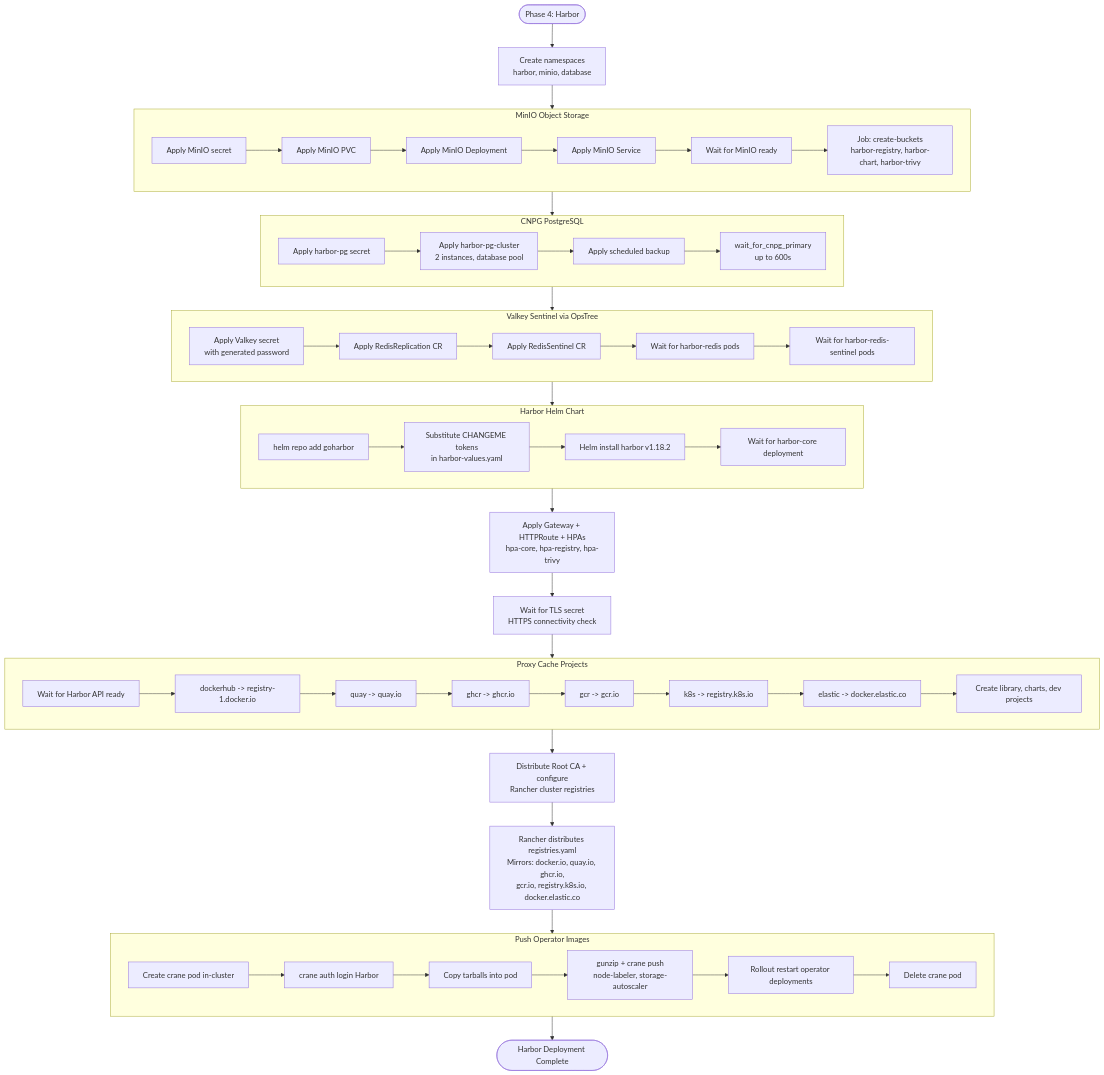
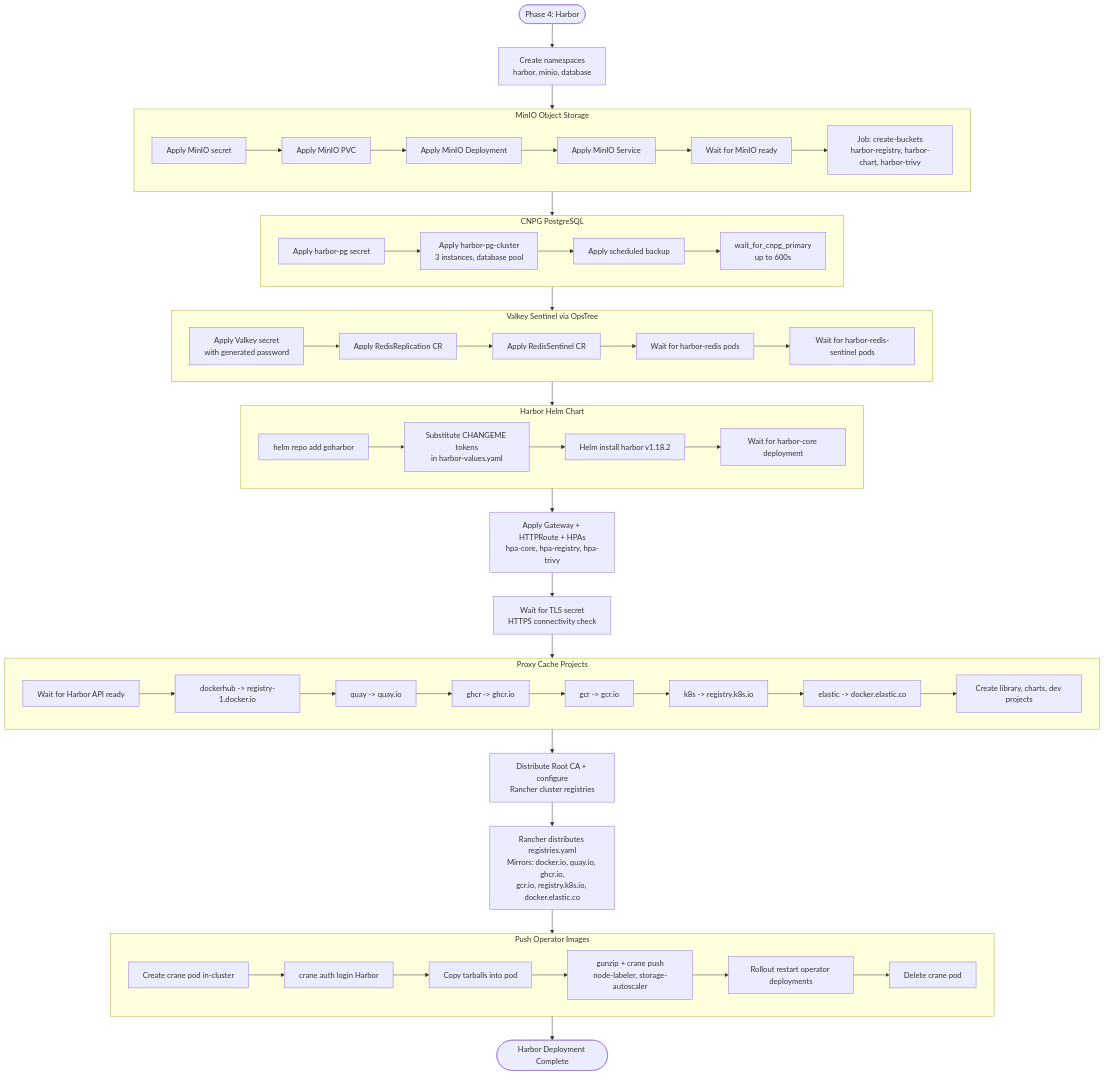
Before and after one commit to derhornspieler/harvester-rke2-platform: the seventh of 23 diagrams in docs/engineering/flow-charts.md, drawn with Mermaid. The commit also changed other lines of this file and 50 other files, not shown here.

````diff
--- a/docs/engineering/flow-charts.md
+++ b/docs/engineering/flow-charts.md
@@ -496,69 +496,69 @@
 ```mermaid
 flowchart TD
     Start([Phase 4: Harbor]) --> NS[Create namespaces<br/>harbor, minio, database]
 
     NS --> MinIO
 
     subgraph MinIO [MinIO Object Storage]
         M_Secret[Apply MinIO secret] --> M_PVC[Apply MinIO PVC]
         M_PVC --> M_Deploy[Apply MinIO Deployment]
         M_Deploy --> M_Svc[Apply MinIO Service]
         M_Svc --> M_Wait[Wait for MinIO ready]
         M_Wait --> M_Buckets[Job: create-buckets<br/>harbor-registry, harbor-chart, harbor-trivy]
     end
 
     MinIO --> CNPG
 
     subgraph CNPG [CNPG PostgreSQL]
-        PG_Secret[Apply harbor-pg secret] --> PG_Cluster[Apply harbor-pg-cluster<br/>2 instances, database pool]
+        PG_Secret[Apply harbor-pg secret] --> PG_Cluster[Apply harbor-pg-cluster<br/>3 instances, database pool]
         PG_Cluster --> PG_Backup[Apply scheduled backup]
         PG_Backup --> PG_Wait[wait_for_cnpg_primary<br/>up to 600s]
     end
 
     CNPG --> Redis
 
     subgraph Redis [Valkey Sentinel via OpsTree]
         R_Secret[Apply Valkey secret<br/>with generated password] --> R_Replication[Apply RedisReplication CR]
         R_Replication --> R_Sentinel[Apply RedisSentinel CR]
         R_Sentinel --> R_WaitRepl[Wait for harbor-redis pods]
         R_WaitRepl --> R_WaitSent[Wait for harbor-redis-sentinel pods]
     end
 
     Redis --> Harbor
 
     subgraph Harbor [Harbor Helm Chart]
         H_Repo[helm repo add goharbor] --> H_Values[Substitute CHANGEME tokens<br/>in harbor-values.yaml]
         H_Values --> H_Install[Helm install harbor v1.18.2]
         H_Install --> H_Wait[Wait for harbor-core deployment]
     end
 
     Harbor --> Ingress[Apply Gateway + HTTPRoute + HPAs<br/>hpa-core, hpa-registry, hpa-trivy]
     Ingress --> TLS[Wait for TLS secret<br/>HTTPS connectivity check]
 
     TLS --> ProxyCache
 
     subgraph ProxyCache [Proxy Cache Projects]
         PC_Wait[Wait for Harbor API ready] --> PC_DockerHub[dockerhub -> registry-1.docker.io]
         PC_DockerHub --> PC_Quay[quay -> quay.io]
         PC_Quay --> PC_GHCR[ghcr -> ghcr.io]
         PC_GHCR --> PC_GCR[gcr -> gcr.io]
         PC_GCR --> PC_K8s[k8s -> registry.k8s.io]
         PC_K8s --> PC_Elastic[elastic -> docker.elastic.co]
         PC_Elastic --> PC_CICD[Create library, charts, dev projects]
     end
 
     ProxyCache --> CA[Distribute Root CA + configure<br/>Rancher cluster registries]
     CA --> Mirrors[Rancher distributes registries.yaml<br/>Mirrors: docker.io, quay.io, ghcr.io,<br/>gcr.io, registry.k8s.io, docker.elastic.co]
 
     Mirrors --> Operators
 
     subgraph Operators [Push Operator Images]
         OP_Pod[Create crane pod in-cluster] --> OP_Auth[crane auth login Harbor]
         OP_Auth --> OP_Copy[Copy tarballs into pod]
         OP_Copy --> OP_Push[gunzip + crane push<br/>node-labeler, storage-autoscaler]
         OP_Push --> OP_Restart[Rollout restart operator deployments]
         OP_Restart --> OP_Clean[Delete crane pod]
     end
 
     Operators --> Done([Harbor Deployment Complete])
 ```
````
